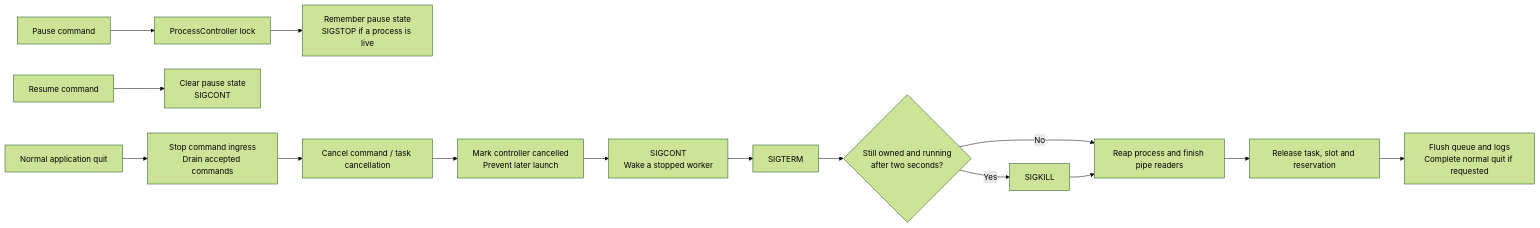
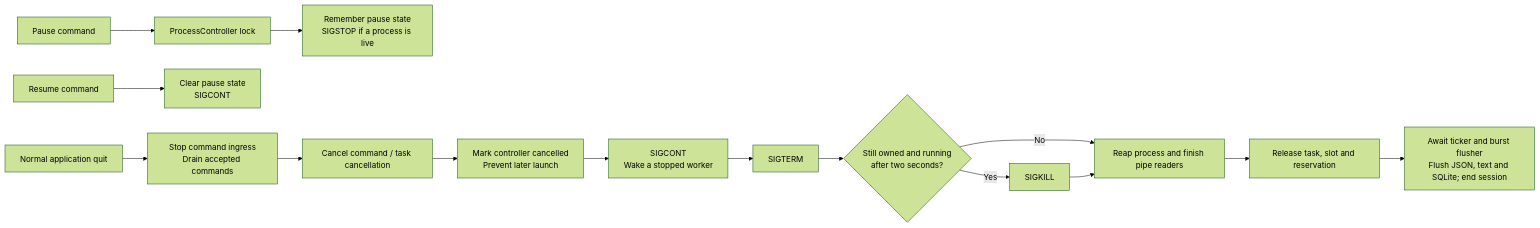
The fourth of 6 diagrams in Documentation/DIAGRAMS.md (giridharmb/VideoConverter), drawn with Mermaid (forest theme) before and after one commit. The commit also changed other lines of this file and 30 other files, not shown here.

````diff
--- a/Documentation/DIAGRAMS.md
+++ b/Documentation/DIAGRAMS.md
@@ -134,17 +137,17 @@
 ```mermaid
 flowchart LR
     Pause["Pause command"] --> Lock["ProcessController lock"]
     Lock --> Stop["Remember pause state\nSIGSTOP if a process is live"]
     Resume["Resume command"] --> Continue["Clear pause state\nSIGCONT"]
     Cancel["Cancel command / task cancellation"] --> Mark["Mark controller cancelled\nPrevent later launch"]
     Mark --> Wake["SIGCONT\nWake a stopped worker"]
     Wake --> Term["SIGTERM"]
     Term --> Check{"Still owned and running\nafter two seconds?"}
     Check -->|Yes| Kill["SIGKILL"]
     Check -->|No| Reap["Reap process and finish pipe readers"]
     Kill --> Reap
     Reap --> Release["Release task, slot and reservation"]
     Quit["Normal application quit"] --> Drain["Stop command ingress\nDrain accepted commands"]
     Drain --> Cancel
-    Release --> Persist["Flush queue and logs\nComplete normal quit if requested"]
+    Release --> Persist["Await ticker and burst flusher\nFlush JSON, text and SQLite; end session"]
 ```
````
